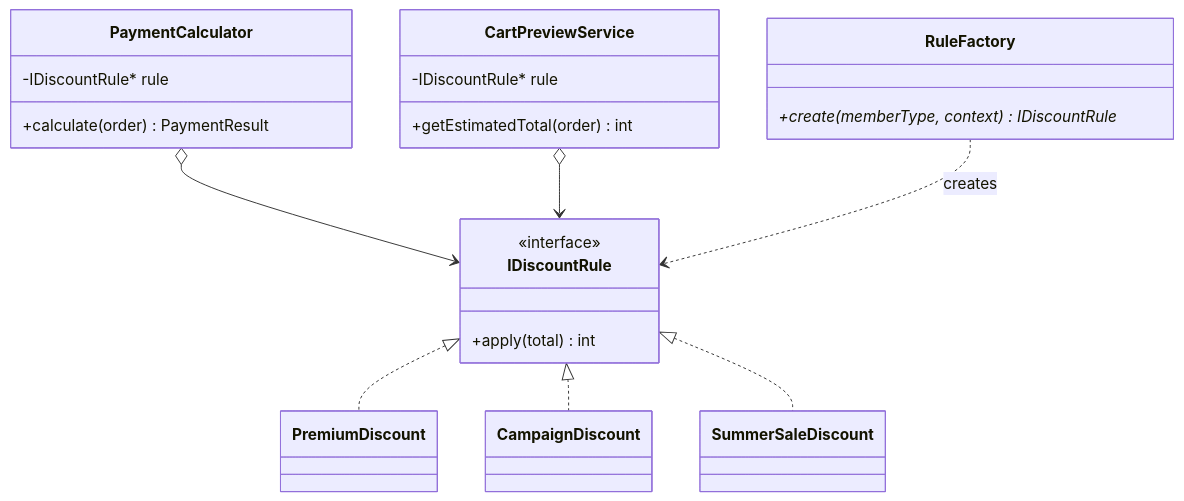
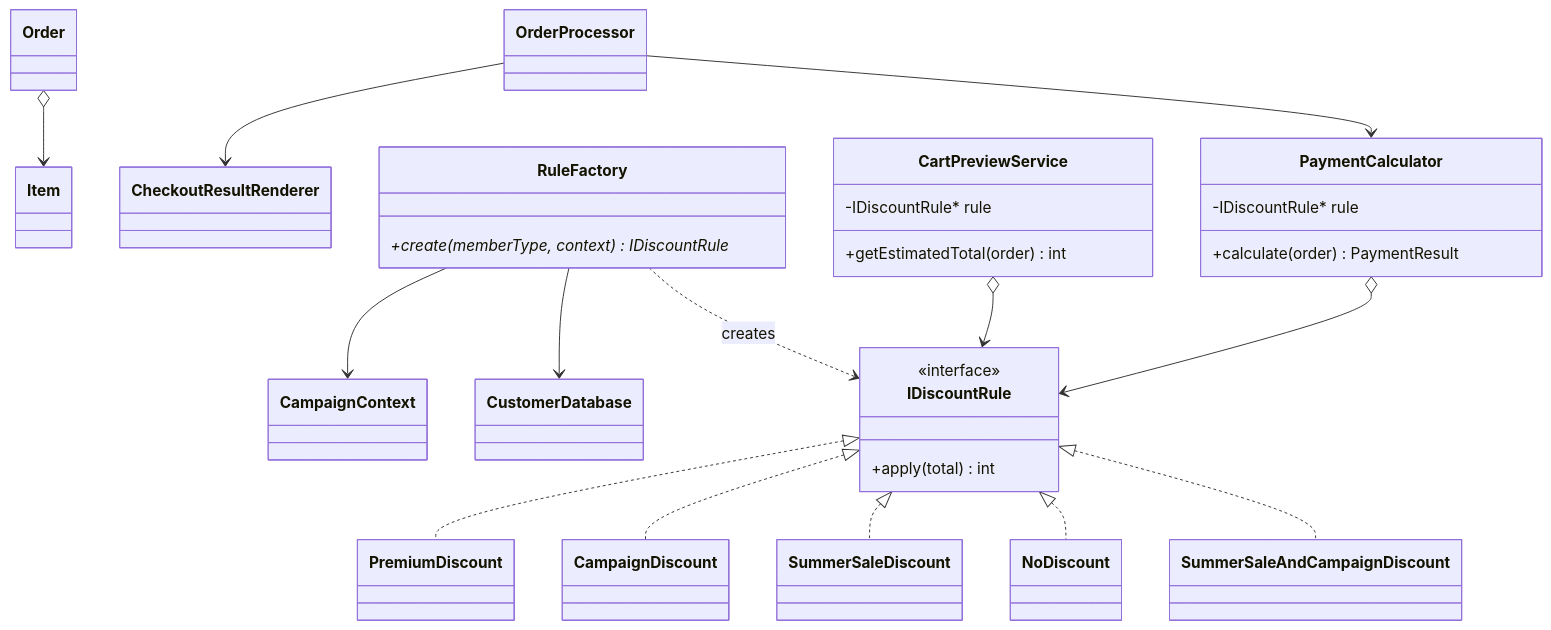
Before and after one commit to kumachan1101-pixel/DesignPattern: the seventh of 11 diagrams in kindle/design-patterns/output/chapter01.md, drawn with Mermaid. The commit also changed other lines of this file and 19 other files, not shown here.

````diff
--- a/kindle/design-patterns/output/chapter01.md
+++ b/kindle/design-patterns/output/chapter01.md
@@ -2012,27 +1901,42 @@
 ```mermaid
 classDiagram
+    class Item
+    class Order
+    class CampaignContext
+    class CustomerDatabase
+    class CheckoutResultRenderer
+    class OrderProcessor
+    class NoDiscount
+    class SummerSaleAndCampaignDiscount
     class PaymentCalculator {
         -IDiscountRule* rule
         +calculate(order) PaymentResult
     }
     class CartPreviewService {
         -IDiscountRule* rule
         +getEstimatedTotal(order) int
     }
     class IDiscountRule {
         <<interface>>
         +apply(total) int
     }
     class PremiumDiscount
     class CampaignDiscount
     class SummerSaleDiscount
     class RuleFactory {
         +create(memberType, context) IDiscountRule*
     }
     PaymentCalculator o--> IDiscountRule
     CartPreviewService o--> IDiscountRule
     IDiscountRule <|.. PremiumDiscount
     IDiscountRule <|.. CampaignDiscount
     IDiscountRule <|.. SummerSaleDiscount
+    IDiscountRule <|.. NoDiscount
+    IDiscountRule <|.. SummerSaleAndCampaignDiscount
+    Order o--> Item
+    OrderProcessor --> PaymentCalculator
+    OrderProcessor --> CheckoutResultRenderer
+    RuleFactory --> CampaignContext
+    RuleFactory --> CustomerDatabase
     RuleFactory ..> IDiscountRule : creates
 ```
````
